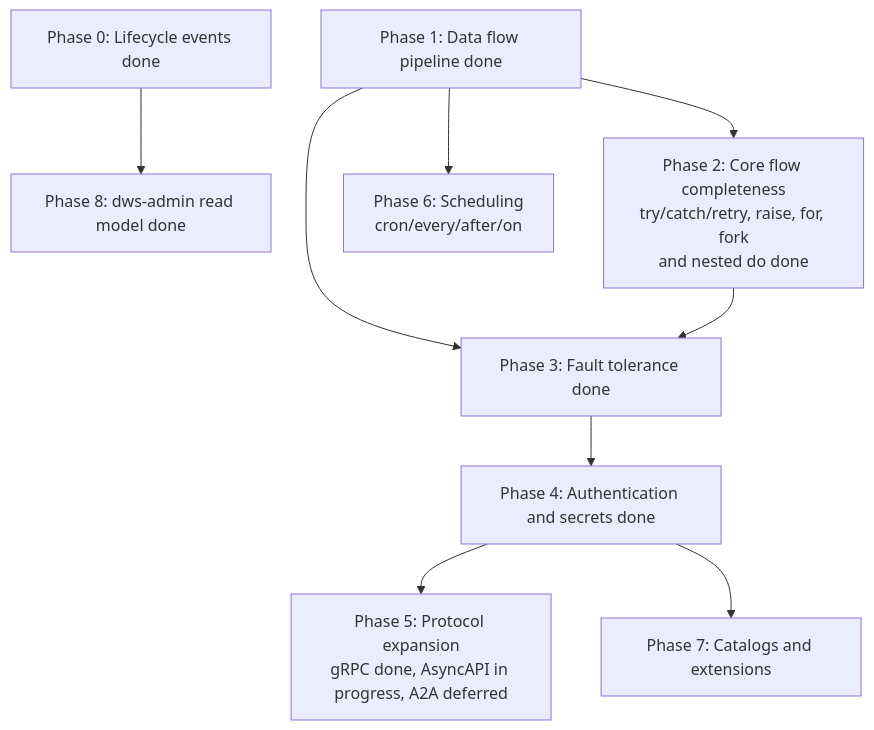
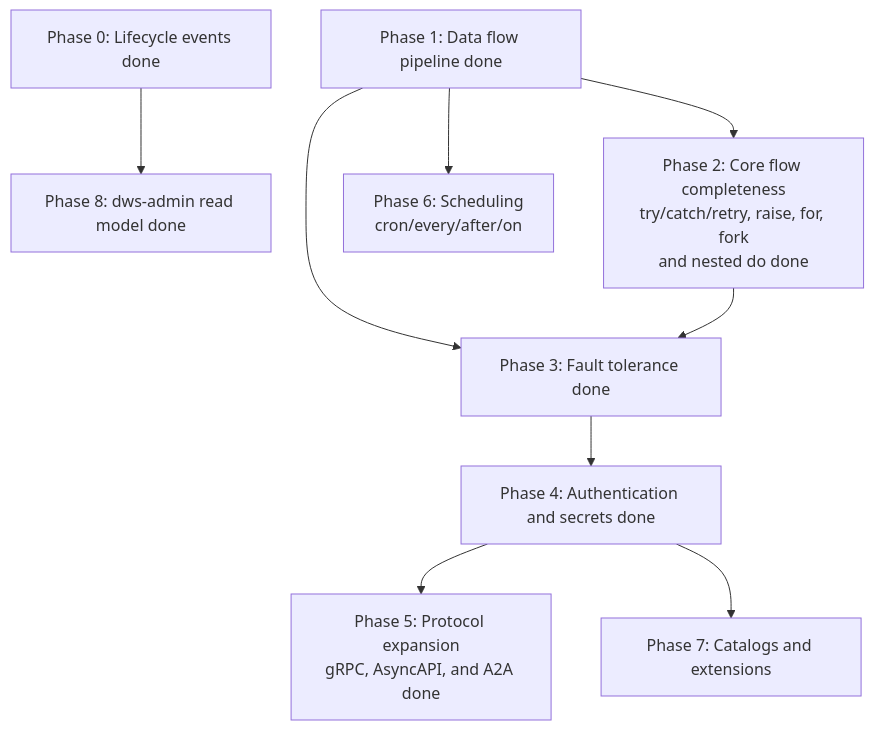
Before and after one commit to tonylibs/dapr-workflow-spec: the diagram in openwiki/architecture/roadmap.md, drawn with Mermaid. The commit also changed other lines of this file and 4 other files, not shown here.

````diff
--- a/openwiki/architecture/roadmap.md
+++ b/openwiki/architecture/roadmap.md
@@ -58,11 +58,11 @@
 ```mermaid
 flowchart TD
   P0[Phase 0: Lifecycle events done] --> P8[Phase 8: dws-admin read model done]
   P1[Phase 1: Data flow pipeline done] --> P2[Phase 2: Core flow completeness<br/>try/catch/retry, raise, for, fork<br/>and nested do done]
   P1 --> P3[Phase 3: Fault tolerance done]
   P2 --> P3
   P3 --> P4[Phase 4: Authentication and secrets done]
-  P4 --> P5[Phase 5: Protocol expansion<br/>gRPC done, AsyncAPI in progress, A2A deferred]
+  P4 --> P5[Phase 5: Protocol expansion<br/>gRPC, AsyncAPI, and A2A done]
   P1 --> P6[Phase 6: Scheduling<br/>cron/every/after/on]
   P4 --> P7[Phase 7: Catalogs and extensions]
 ```
````
